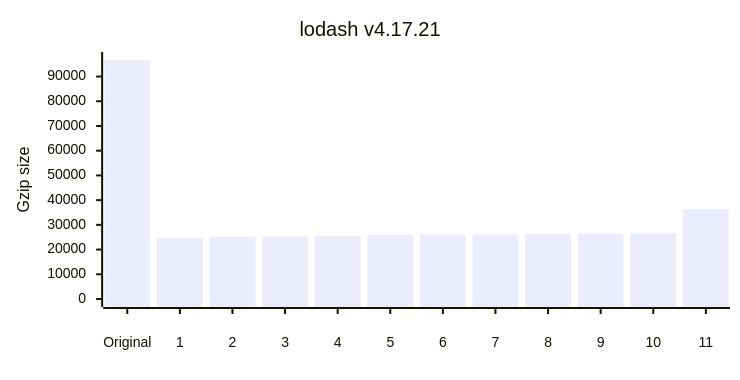
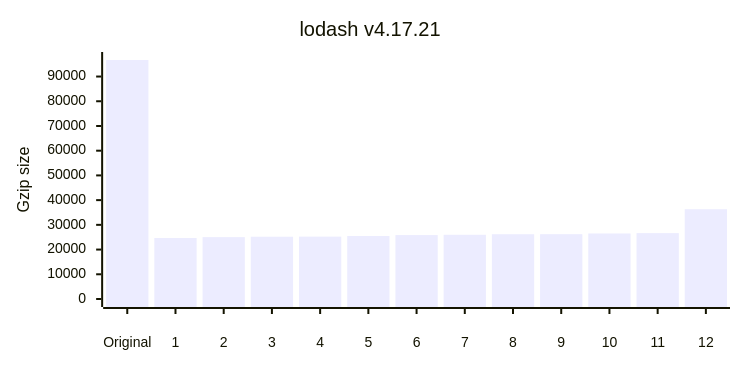
The fifth of 12 diagrams in README.md (privatenumber/minification-benchmarks), drawn with Mermaid before and after one commit. The commit also changed other lines of this file and 1 other file, not shown here.

````diff
--- a/README.md
+++ b/README.md
@@ -237,17 +237,17 @@
 ```mermaid
 ---
 config:
     xyChart:
         width: 720
         height: 360
         xAxis:
             labelPadding: 20
         yAxis:
             labelPadding: 10
 ---
 xychart-beta
 	title "lodash v4.17.21"
-	x-axis ["Original",1,2,3,4,5,6,7,8,9,10,11]
+	x-axis ["Original",1,2,3,4,5,6,7,8,9,10,11,12]
 	y-axis "Gzip size" 0 --> 96690
-	bar [96690,24686,25186,25240,25503,25862,25979,26200,26221,26498,26655,36327]
+	bar [96690,24686,25022,25186,25240,25503,25862,25979,26200,26221,26498,26655,36327]
 ```
````
